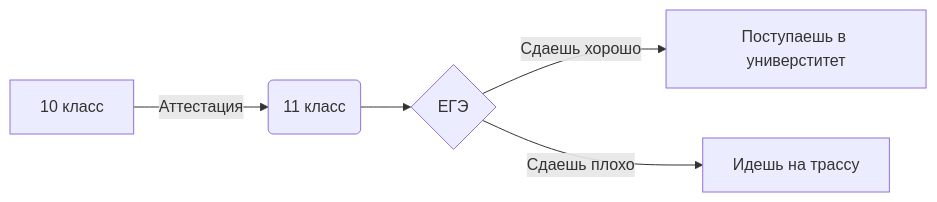
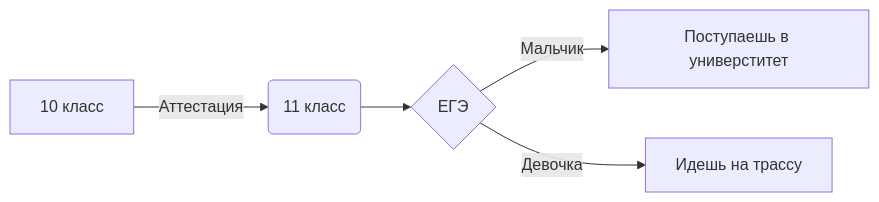
Before and after one commit to weissok/122: the diagram in README.md, drawn with Mermaid.

````diff
--- a/README.md
+++ b/README.md
@@ -37,8 +37,8 @@
 ```mermaid
 flowchart LR
 
 A[10 класс] -->|Аттестация| B(11 класс)
 B --> C{ЕГЭ}
-C -->|Сдаешь хорошо| D[Поступаешь в универститет]
-C -->|Сдаешь плохо| E[Идешь на трассу]
+C -->|Мальчик| D[Поступаешь в универститет]
+C -->|Девочка| E[Идешь на трассу]
 ```
````
